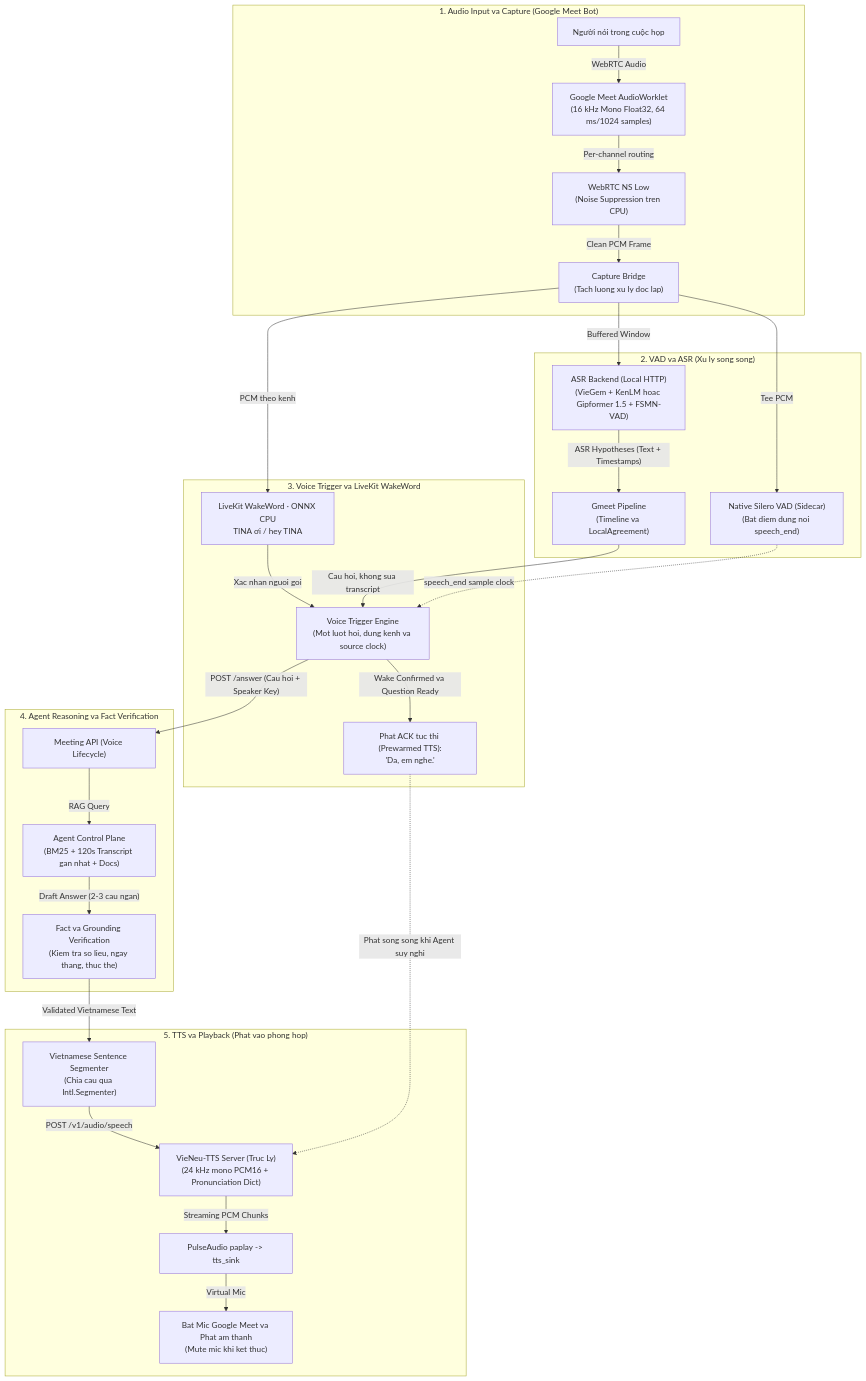
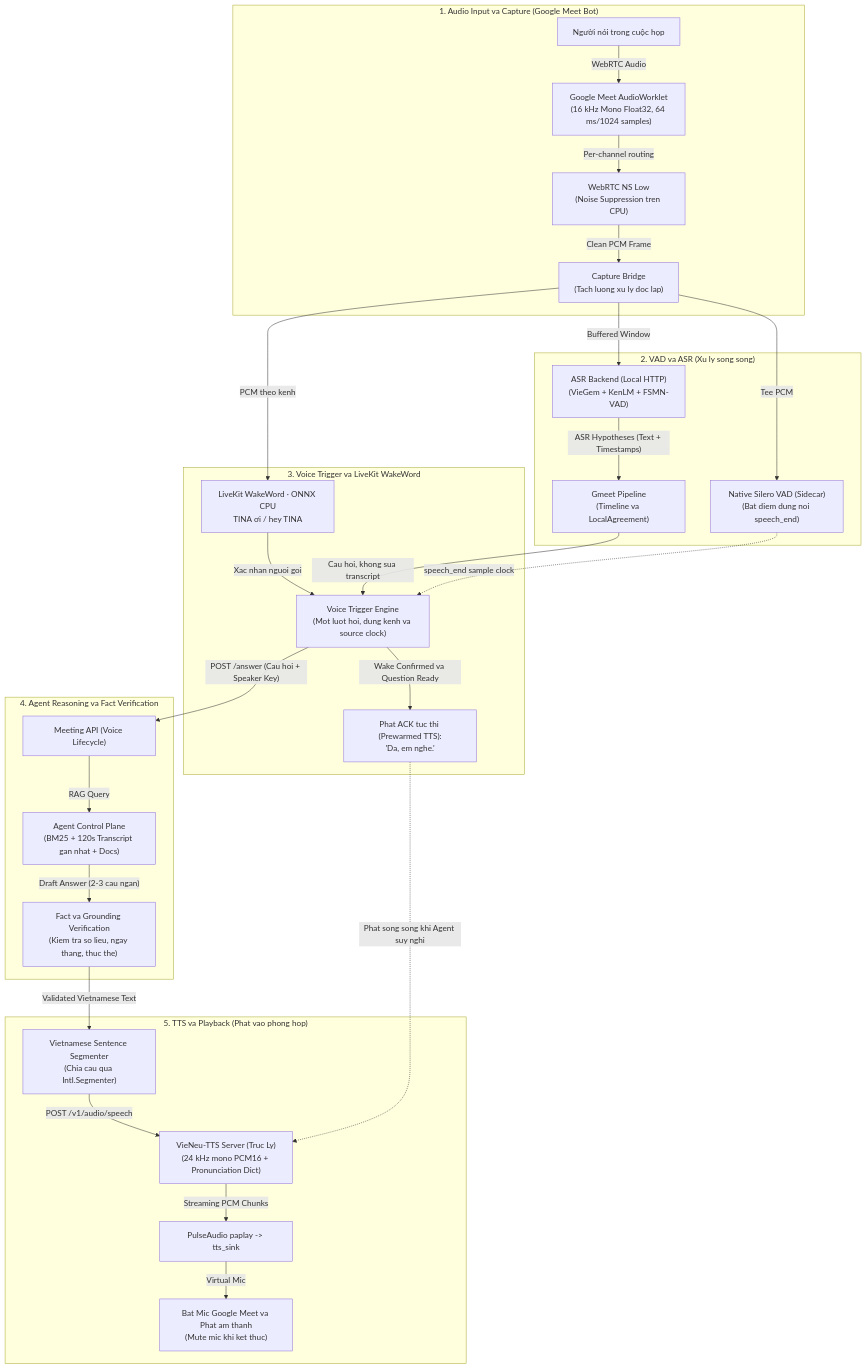
The first of 4 diagrams in docs/tina-voice-pipeline.md (poor-frog/TINA), drawn with Mermaid before and after one commit. The commit also changed other lines of this file and 196 other files, not shown here.

````diff
--- a/docs/tina-voice-pipeline.md
+++ b/docs/tina-voice-pipeline.md
@@ -20,37 +20,37 @@
 ```mermaid
 flowchart TD
     subgraph S1["1. Audio Input va Capture (Google Meet Bot)"]
         User["Người nói trong cuộc họp"] -->|"WebRTC Audio"| GMeet["Google Meet AudioWorklet<br/>(16 kHz Mono Float32, 64 ms/1024 samples)"]
         GMeet -->|"Per-channel routing"| NS["WebRTC NS Low<br/>(Noise Suppression tren CPU)"]
         NS -->|"Clean PCM Frame"| PCMBridge["Capture Bridge<br/>(Tach luong xu ly doc lap)"]
     end
 
     subgraph S2["2. VAD va ASR (Xu ly song song)"]
         PCMBridge -->|"Tee PCM"| SileroVAD["Native Silero VAD (Sidecar)<br/>(Bat diem dung noi speech_end)"]
-        PCMBridge -->|"Buffered Window"| ASR["ASR Backend (Local HTTP)<br/>(VieGem + KenLM hoac Gipformer 1.5 + FSMN-VAD)"]
+        PCMBridge -->|"Buffered Window"| ASR["ASR Backend (Local HTTP)<br/>(VieGem + KenLM + FSMN-VAD)"]
         ASR -->|"ASR Hypotheses (Text + Timestamps)"| GMeetPipe["Gmeet Pipeline<br/>(Timeline va LocalAgreement)"]
     end
 
     subgraph S3["3. Voice Trigger va LiveKit WakeWord"]
         PCMBridge -->|"PCM theo kenh"| KWS["LiveKit WakeWord · ONNX CPU<br/>TINA ơi / hey TINA"]
         KWS -->|"Xac nhan nguoi goi"| VoiceTrigger["Voice Trigger Engine<br/>(Mot luot hoi, dung kenh va source clock)"]
         GMeetPipe -->|"Cau hoi, khong sua transcript"| VoiceTrigger
         SileroVAD -.->|"speech_end sample clock"| VoiceTrigger
         VoiceTrigger -->|"Wake Confirmed va Question Ready"| FastAck["Phat ACK tuc thi (Prewarmed TTS):<br/>'Da, em nghe.'"]
     end
 
     subgraph S4["4. Agent Reasoning va Fact Verification"]
         VoiceTrigger -->|"POST /answer (Cau hoi + Speaker Key)"| MeetingAPI["Meeting API (Voice Lifecycle)"]
         MeetingAPI -->|"RAG Query"| AgentEngine["Agent Control Plane<br/>(BM25 + 120s Transcript gan nhat + Docs)"]
         AgentEngine -->|"Draft Answer (2-3 cau ngan)"| Grounding["Fact va Grounding Verification<br/>(Kiem tra so lieu, ngay thang, thuc the)"]
     end
 
     subgraph S5["5. TTS va Playback (Phat vao phong hop)"]
         Grounding -->|"Validated Vietnamese Text"| Segmenter["Vietnamese Sentence Segmenter<br/>(Chia cau qua Intl.Segmenter)"]
         Segmenter -->|"POST /v1/audio/speech"| TTSEngine["VieNeu-TTS Server (Truc Ly)<br/>(24 kHz mono PCM16 + Pronunciation Dict)"]
         TTSEngine -->|"Streaming PCM Chunks"| Paplay["PulseAudio paplay -> tts_sink"]
         Paplay -->|"Virtual Mic"| MicInject["Bat Mic Google Meet va Phat am thanh<br/>(Mute mic khi ket thuc)"]
     end
 
     FastAck -.->|"Phat song song khi Agent suy nghi"| TTSEngine
 ```
````
